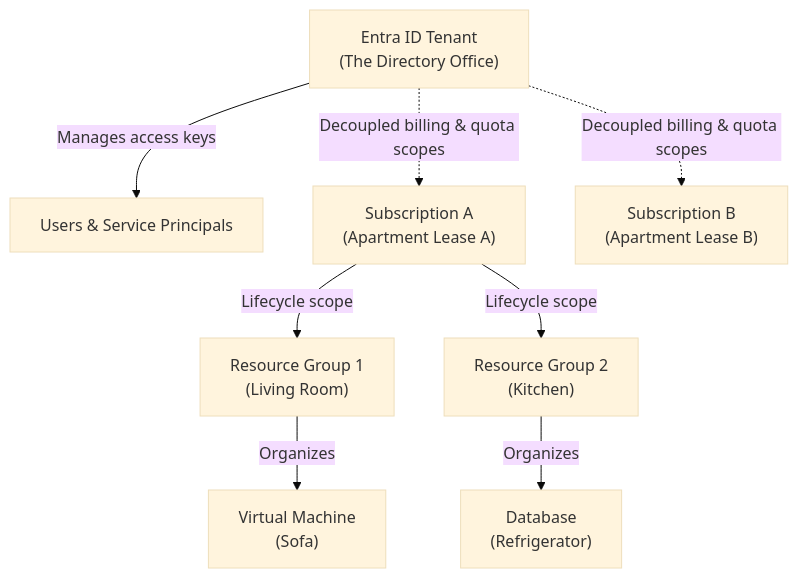
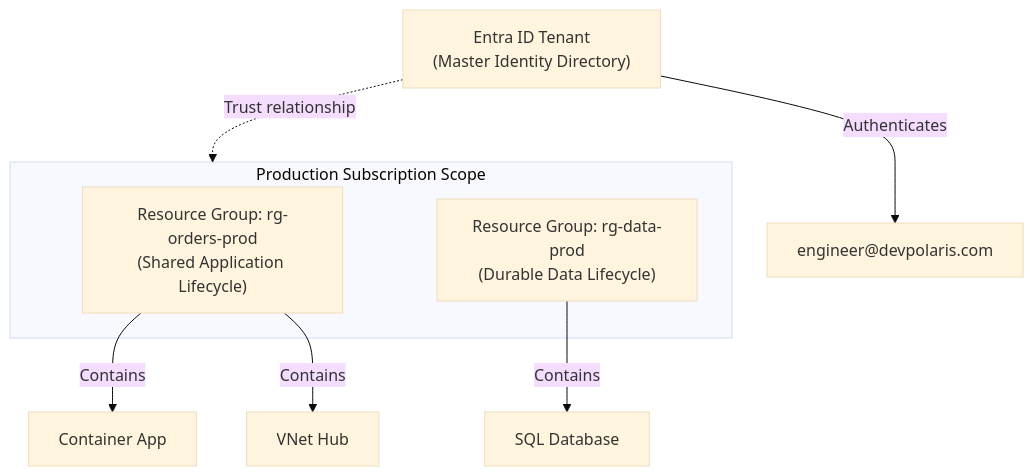
The first of 2 diagrams in cloud-providers/azure/foundations/01-azure-mental-model.md (senlinyy/dev-roadmaps), drawn with Mermaid (base theme) before and after one commit. The commit also changed other lines of this file and 343 other files, not shown here.

````diff
--- a/cloud-providers/azure/foundations/01-azure-mental-model.md
+++ b/cloud-providers/azure/foundations/01-azure-mental-model.md
@@ -42,17 +114,15 @@
 ```mermaid
 flowchart TD
-    Tenant["Entra ID Tenant<br/>(The Directory Office)"]
-    Tenant --> |Manages access keys| Identities["Users & Service Principals"]
+    Tenant["Entra ID Tenant<br/>(Master Identity Directory)"]
+    Tenant --> |Authenticates| User["engineer@devpolaris.com"]
 
-    Sub1["Subscription A<br/>(Apartment Lease A)"]
-    Sub2["Subscription B<br/>(Apartment Lease B)"]
+    subgraph SubscriptionContainer["Production Subscription Scope"]
+        RG1["Resource Group: rg-orders-prod<br/>(Shared Application Lifecycle)"]
+        RG2["Resource Group: rg-data-prod<br/>(Durable Data Lifecycle)"]
+    end
 
-    Tenant -.-> |Decoupled billing & quota scopes| Sub1
-    Tenant -.-> |Decoupled billing & quota scopes| Sub2
-
-    Sub1 --> |Lifecycle scope| RG1["Resource Group 1<br/>(Living Room)"]
-    Sub1 --> |Lifecycle scope| RG2["Resource Group 2<br/>(Kitchen)"]
-
-    RG1 --> |Organizes| VM["Virtual Machine<br/>(Sofa)"]
-    RG2 --> |Organizes| DB["Database<br/>(Refrigerator)"]
+    Tenant -.-> |Trust relationship| SubscriptionContainer
+    RG1 --> |Contains| App["Container App"]
+    RG1 --> |Contains| Network["VNet Hub"]
+    RG2 --> |Contains| Db["SQL Database"]
 ```
````
